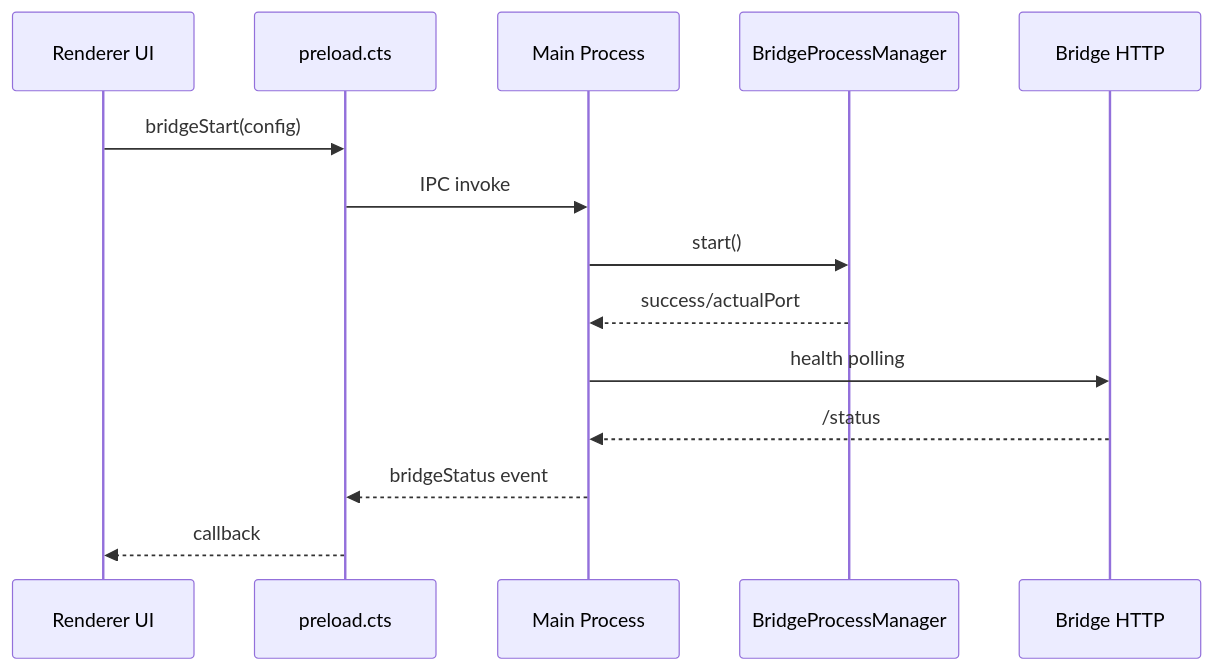
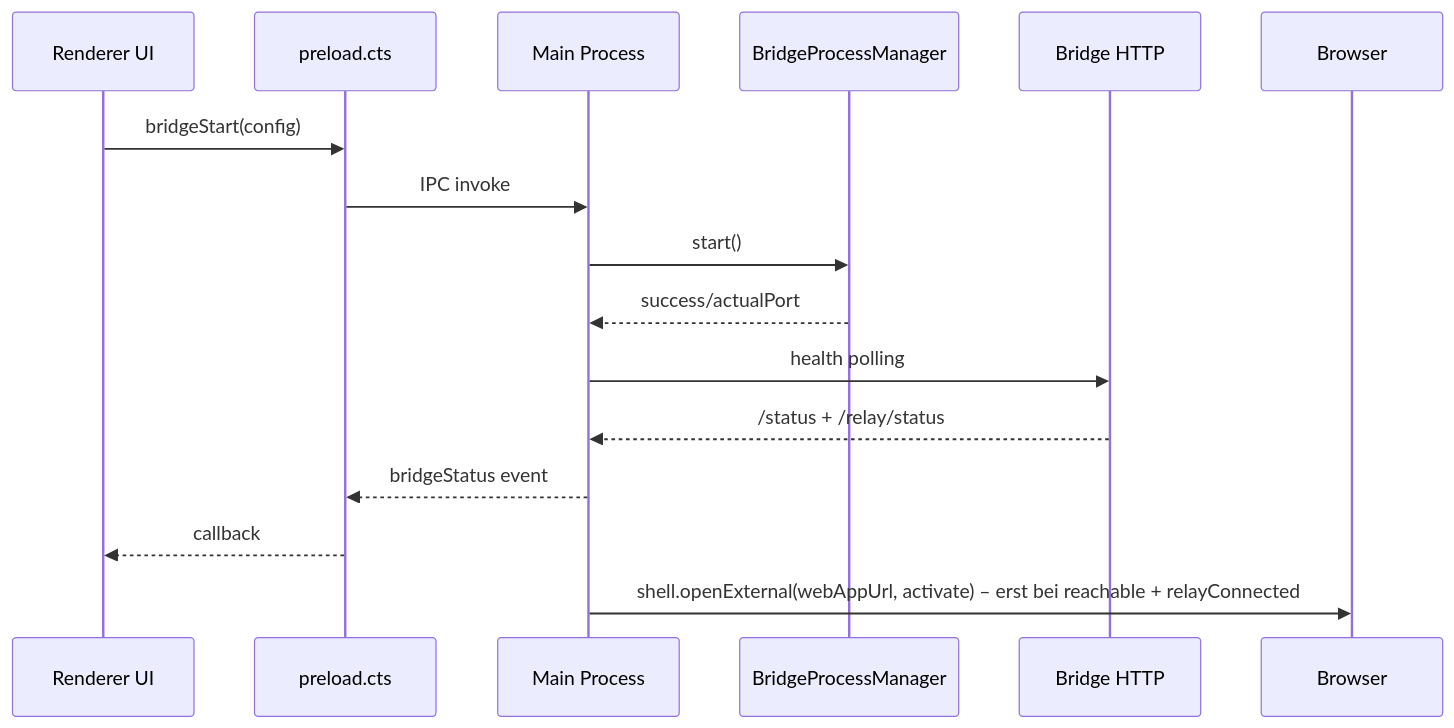
The diagram in docs/desktop/subsystems/main-process.md (pivotrecruiting/broadify-bridge), drawn with Mermaid before and after one commit. The commit also changed other lines of this file and 9 other files, not shown here.

````diff
--- a/docs/desktop/subsystems/main-process.md
+++ b/docs/desktop/subsystems/main-process.md
@@ -35,17 +37,18 @@
 ```mermaid
 sequenceDiagram
   participant UI as Renderer UI
   participant Preload as preload.cts
   participant Main as Main Process
   participant BPM as BridgeProcessManager
   participant Bridge as Bridge HTTP
 
   UI->>Preload: bridgeStart(config)
   Preload->>Main: IPC invoke
   Main->>BPM: start()
   BPM-->>Main: success/actualPort
   Main->>Bridge: health polling
-  Bridge-->>Main: /status
+  Bridge-->>Main: /status + /relay/status
   Main-->>Preload: bridgeStatus event
   Preload-->>UI: callback
+  Main->>Browser: shell.openExternal(webAppUrl, activate) – erst bei reachable + relayConnected
 ```
````
